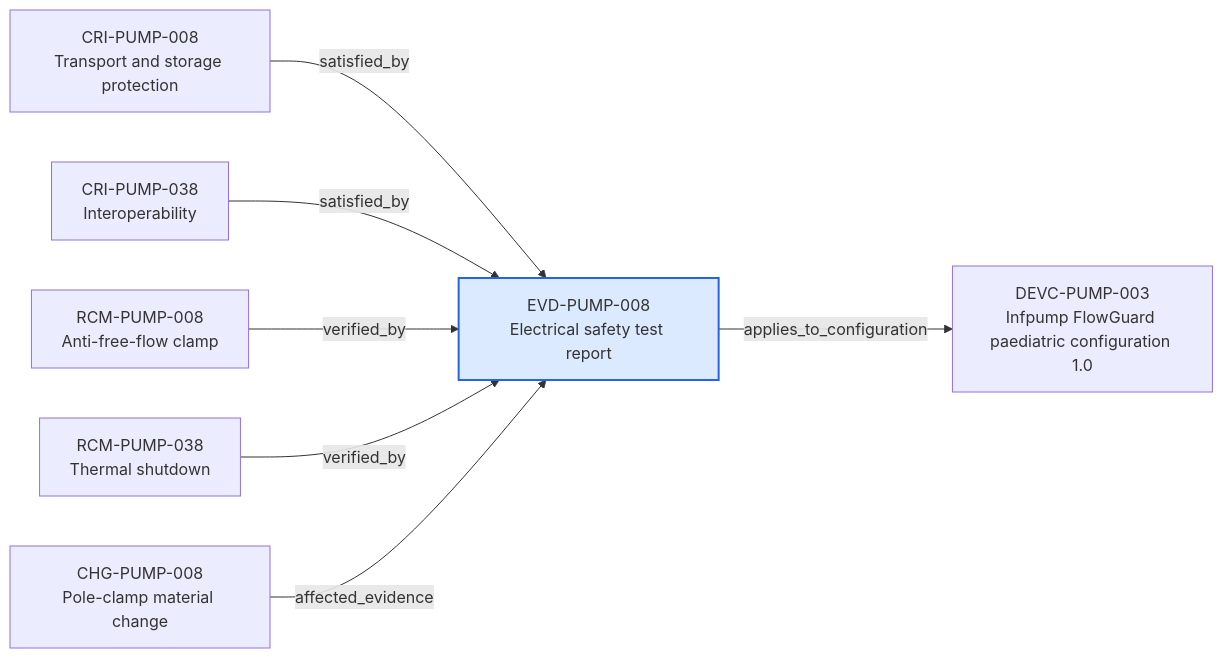
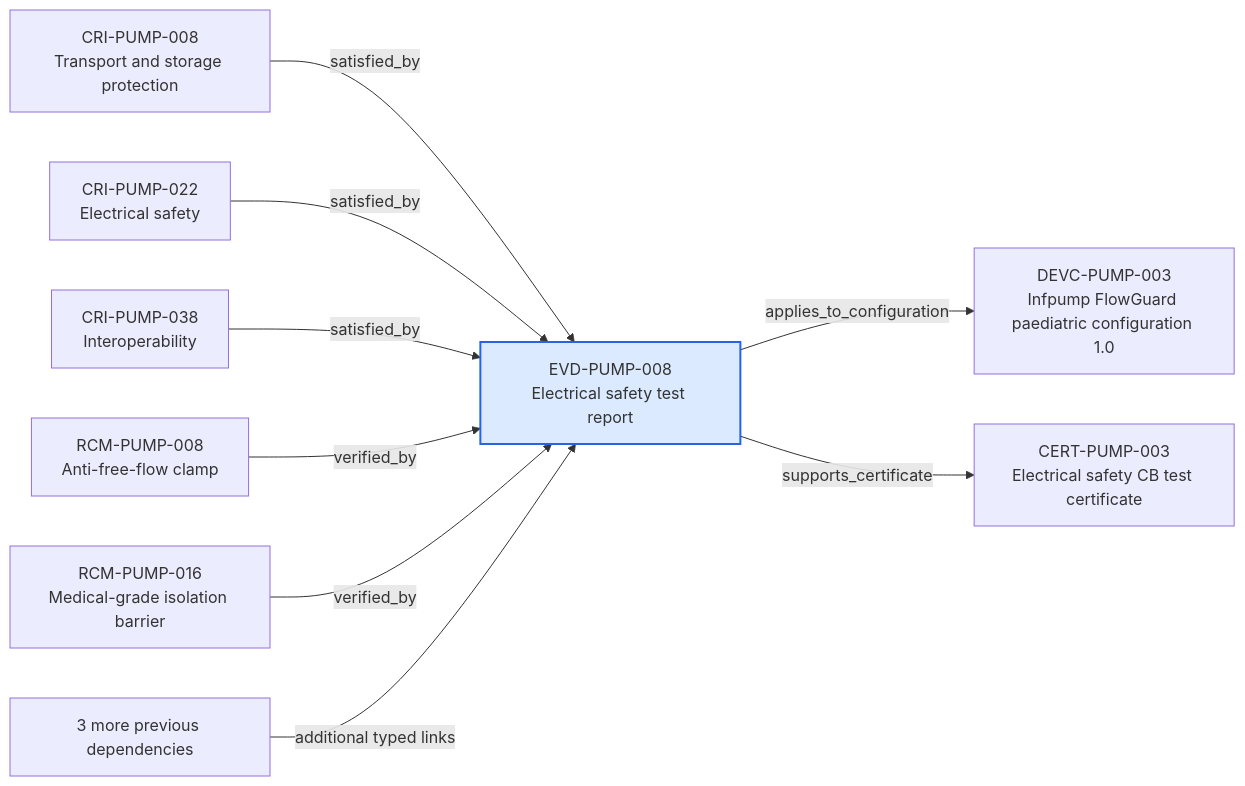
Before and after one commit to mvattulainen/mdrontology: the diagram in content/06-Infpump FlowGuard ontology notes/verification-evidence/EVD-PUMP-008-electrical-safety-test-report.md, drawn with Mermaid. The commit also changed other lines of this file and 321 other files, not shown here.

Commit message:
Implement Mermaid ontology audit findings

````diff
--- a/content/06-Infpump FlowGuard ontology notes/verification-evidence/EVD-PUMP-008-electrical-safety-test-report.md
+++ b/content/06-Infpump FlowGuard ontology notes/verification-evidence/EVD-PUMP-008-electrical-safety-test-report.md
@@ -73,18 +79,22 @@
 ```mermaid
 flowchart LR
   CURRENT["EVD-PUMP-008<br/>Electrical safety test report"]
   PREV0["CRI-PUMP-008<br/>Transport and storage protection"]
   PREV0 -->|"satisfied_by"| CURRENT
-  PREV1["CRI-PUMP-038<br/>Interoperability"]
+  PREV1["CRI-PUMP-022<br/>Electrical safety"]
   PREV1 -->|"satisfied_by"| CURRENT
-  PREV2["RCM-PUMP-008<br/>Anti-free-flow clamp"]
-  PREV2 -->|"verified_by"| CURRENT
-  PREV3["RCM-PUMP-038<br/>Thermal shutdown"]
+  PREV2["CRI-PUMP-038<br/>Interoperability"]
+  PREV2 -->|"satisfied_by"| CURRENT
+  PREV3["RCM-PUMP-008<br/>Anti-free-flow clamp"]
   PREV3 -->|"verified_by"| CURRENT
-  PREV4["CHG-PUMP-008<br/>Pole-clamp material change"]
-  PREV4 -->|"affected_evidence"| CURRENT
+  PREV4["RCM-PUMP-016<br/>Medical-grade isolation barrier"]
+  PREV4 -->|"verified_by"| CURRENT
+  PREV_MORE["3 more previous dependencies"]
+  PREV_MORE -->|"additional typed links"| CURRENT
   NEXT0["DEVC-PUMP-003<br/>Infpump FlowGuard paediatric configuration 1.0"]
   CURRENT -->|"applies_to_configuration"| NEXT0
+  NEXT1["CERT-PUMP-003<br/>Electrical safety CB test certificate"]
+  CURRENT -->|"supports_certificate"| NEXT1
   classDef current fill:#dbeafe,stroke:#2563eb,stroke-width:2px
   class CURRENT current
 ```
````
